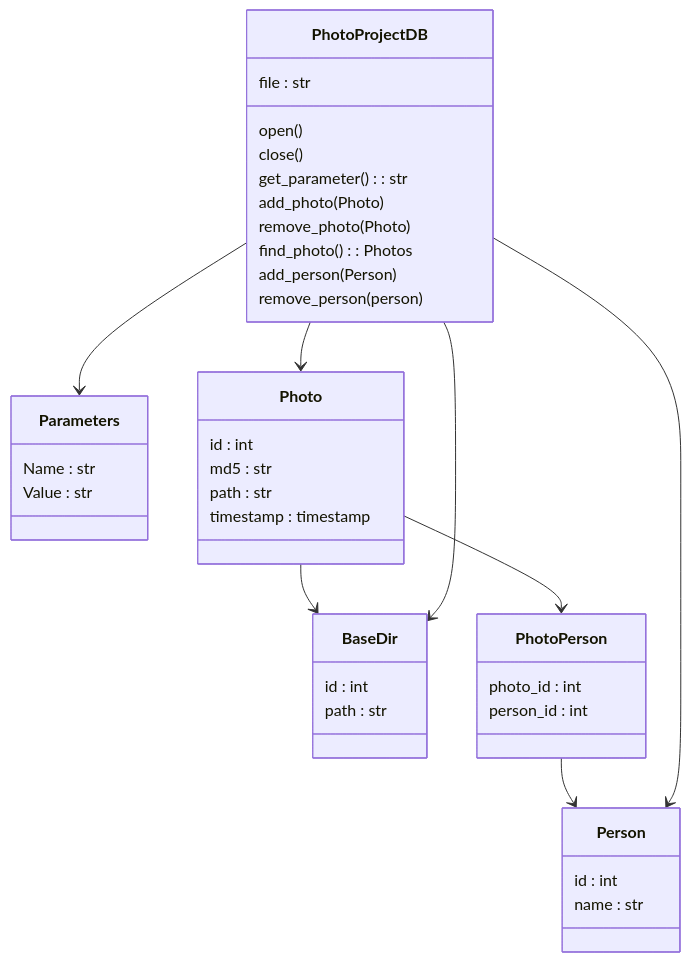
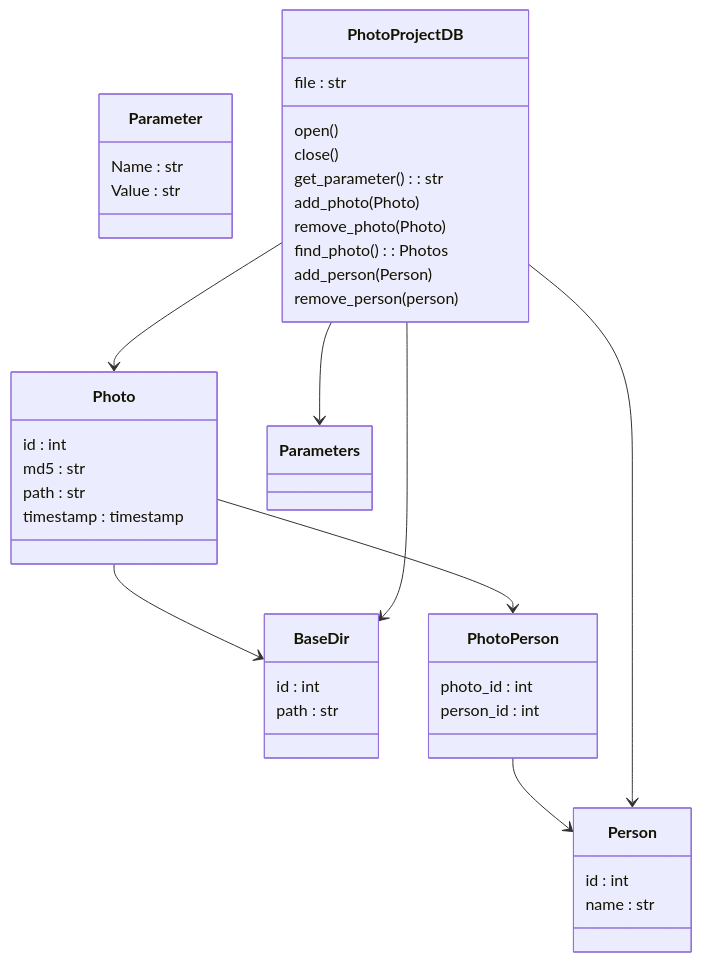
The third of 4 diagrams in Design.md (fvbakel/fotos), drawn with Mermaid before and after one commit. The commit also changed other lines of this file and 12 other files, not shown here.

````diff
--- a/Design.md
+++ b/Design.md
@@ -39,53 +39,53 @@
 ```mermaid
   classDiagram
 
-    class Parameters {
+    class Parameter {
         Name    : str
         Value   : str
     }
 
     class Photo {
         id          : int
         md5         : str
         path        : str
         timestamp   : timestamp
     }
 
     class BaseDir {
         id      : int
         path    : str
     }
 
     class Person {
         id      : int
         name    : str
     }
 
     class PhotoPerson {
         photo_id    : int
         person_id   : int
     }
 
     class PhotoProjectDB {
         file                    : str
         open()
         close()
         get_parameter()         : str 
         add_photo(Photo)
         remove_photo(Photo)
         find_photo()            : Photos
         add_person(Person)
         remove_person(person)
     }
 
     Photo --> BaseDir
     Photo --> PhotoPerson
     PhotoPerson --> Person
 
     PhotoProjectDB --> Parameters
     PhotoProjectDB --> Photo
     PhotoProjectDB --> BaseDir
     PhotoProjectDB --> Person
 
 
 ```
````
